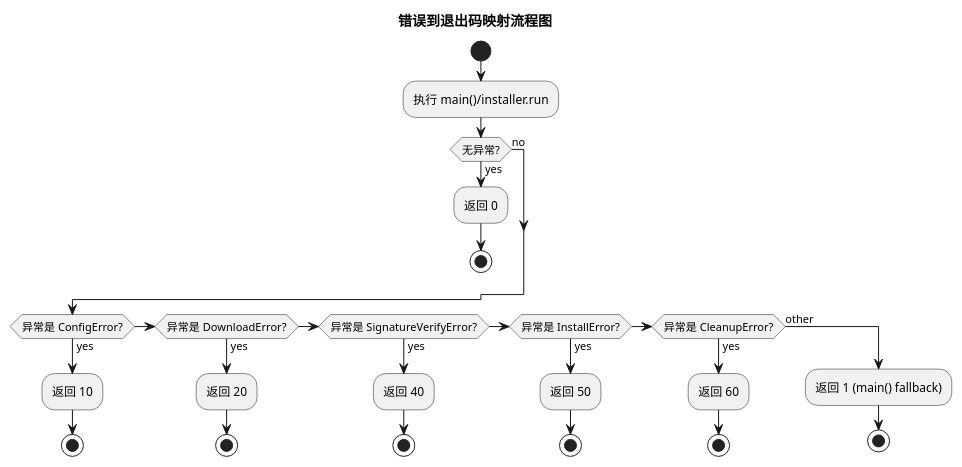
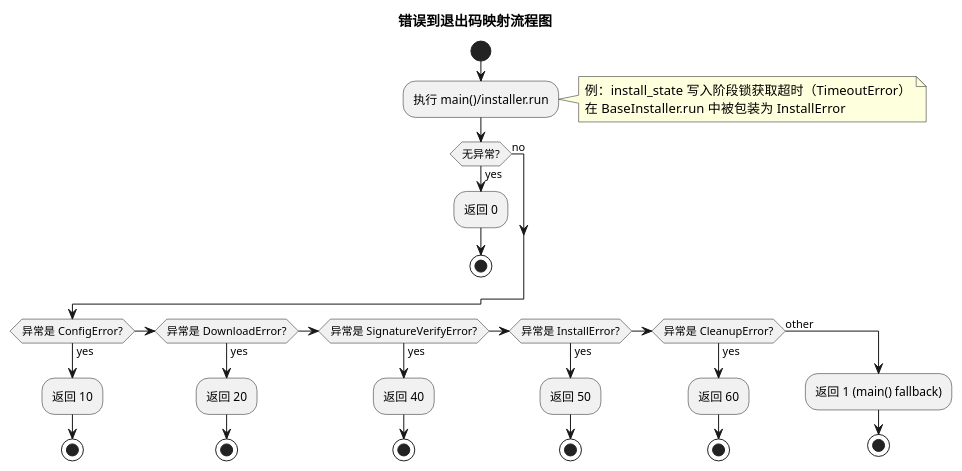
One commit to F350150/package changed the diagram in docs/puml/error_exitcode_state.puml. Above: the diagram before and after it, drawn with PlantUML. The commit also changed 36 other files, not shown here.

Commit message:
feat: harden installer lock/retry flow and refresh e2e docs

```diff
--- a/docs/puml/error_exitcode_state.puml
+++ b/docs/puml/error_exitcode_state.puml
@@ -1,34 +1,38 @@
 @startuml
 
 title 错误到退出码映射流程图
 
 start
 :执行 main()/installer.run;
+note right
+  例：install_state 写入阶段锁获取超时（TimeoutError）
+  在 BaseInstaller.run 中被包装为 InstallError
+end note
 
 if (无异常?) then (yes)
   :返回 0;
   stop
 else (no)
 endif
 
 if (异常是 ConfigError?) then (yes)
   :返回 10;
   stop
 elseif (异常是 DownloadError?) then (yes)
   :返回 20;
   stop
 elseif (异常是 SignatureVerifyError?) then (yes)
   :返回 40;
   stop
 elseif (异常是 InstallError?) then (yes)
   :返回 50;
   stop
 elseif (异常是 CleanupError?) then (yes)
   :返回 60;
   stop
 else (other)
   :返回 1 (main() fallback);
   stop
 endif
 
 @enduml
```
